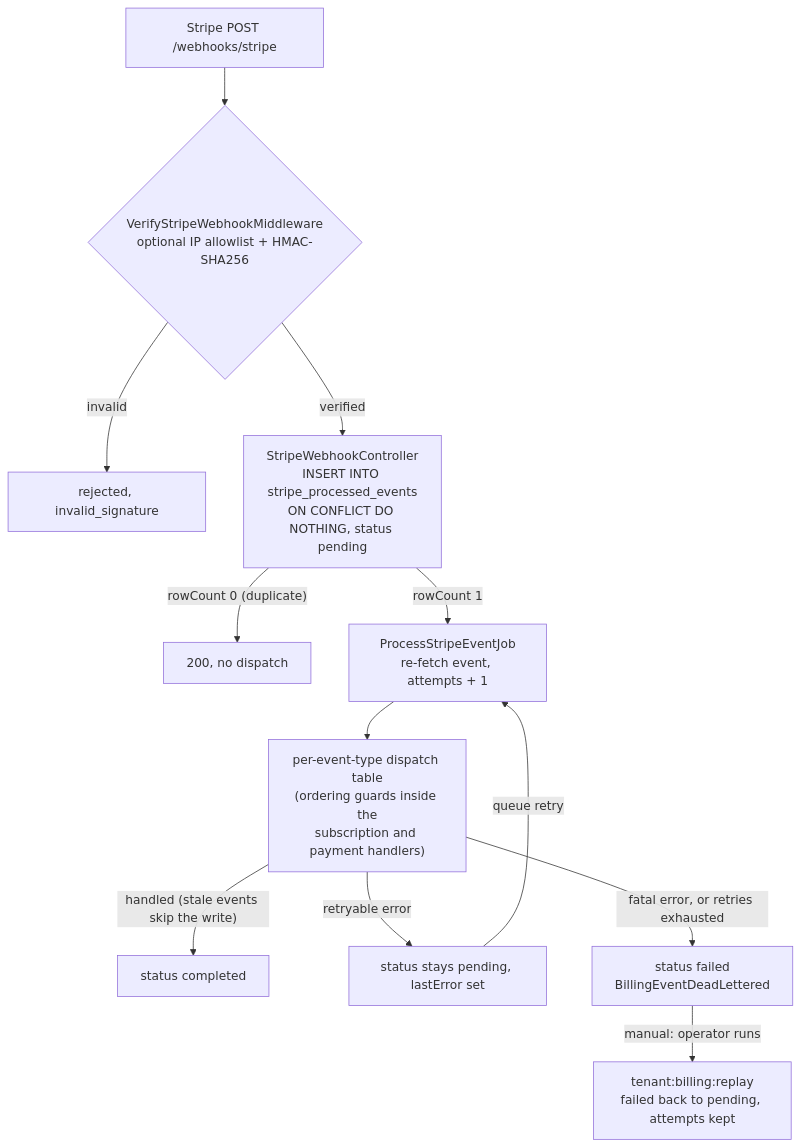
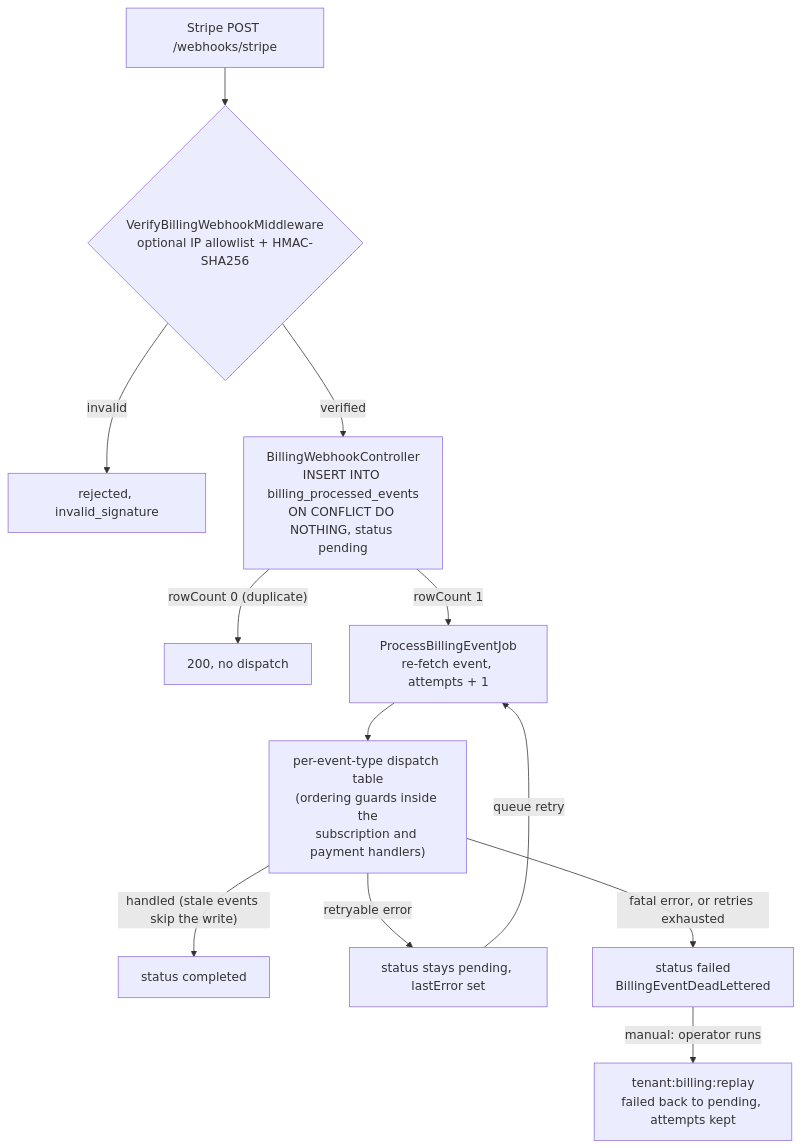
Before and after one commit to Arcoders/Adonisjs-lasagna-saas-tenancy: the first of 2 diagrams in docs/docs/satellites/billing.md, drawn with Mermaid. The commit also changed other lines of this file and 107 other files, not shown here.

````diff
--- a/docs/docs/satellites/billing.md
+++ b/docs/docs/satellites/billing.md
@@ -120,14 +224,14 @@
 ```mermaid
 flowchart TB
-  WH["Stripe POST /webhooks/stripe"] --> SIG{"VerifyStripeWebhookMiddleware<br/>optional IP allowlist + HMAC-SHA256"}
+  WH["Stripe POST /webhooks/stripe"] --> SIG{"VerifyBillingWebhookMiddleware<br/>optional IP allowlist + HMAC-SHA256"}
   SIG -->|invalid| REJ["rejected, invalid_signature"]
-  SIG -->|verified| INS["StripeWebhookController<br/>INSERT INTO stripe_processed_events<br/>ON CONFLICT DO NOTHING, status pending"]
+  SIG -->|verified| INS["BillingWebhookController<br/>INSERT INTO billing_processed_events<br/>ON CONFLICT DO NOTHING, status pending"]
   INS -->|"rowCount 0 (duplicate)"| ACK["200, no dispatch"]
-  INS -->|"rowCount 1"| JOB["ProcessStripeEventJob<br/>re-fetch event, attempts + 1"]
+  INS -->|"rowCount 1"| JOB["ProcessBillingEventJob<br/>re-fetch event, attempts + 1"]
   JOB --> H["per-event-type dispatch table<br/>(ordering guards inside the<br/>subscription and payment handlers)"]
   H -->|"handled (stale events skip the write)"| DONE["status completed"]
   H -->|retryable error| RET["status stays pending, lastError set"]
   RET -->|queue retry| JOB
   H -->|"fatal error, or retries exhausted"| FAIL["status failed<br/>BillingEventDeadLettered"]
   FAIL -->|"manual: operator runs"| REP["tenant:billing:replay<br/>failed back to pending, attempts kept"]
 ```
````
